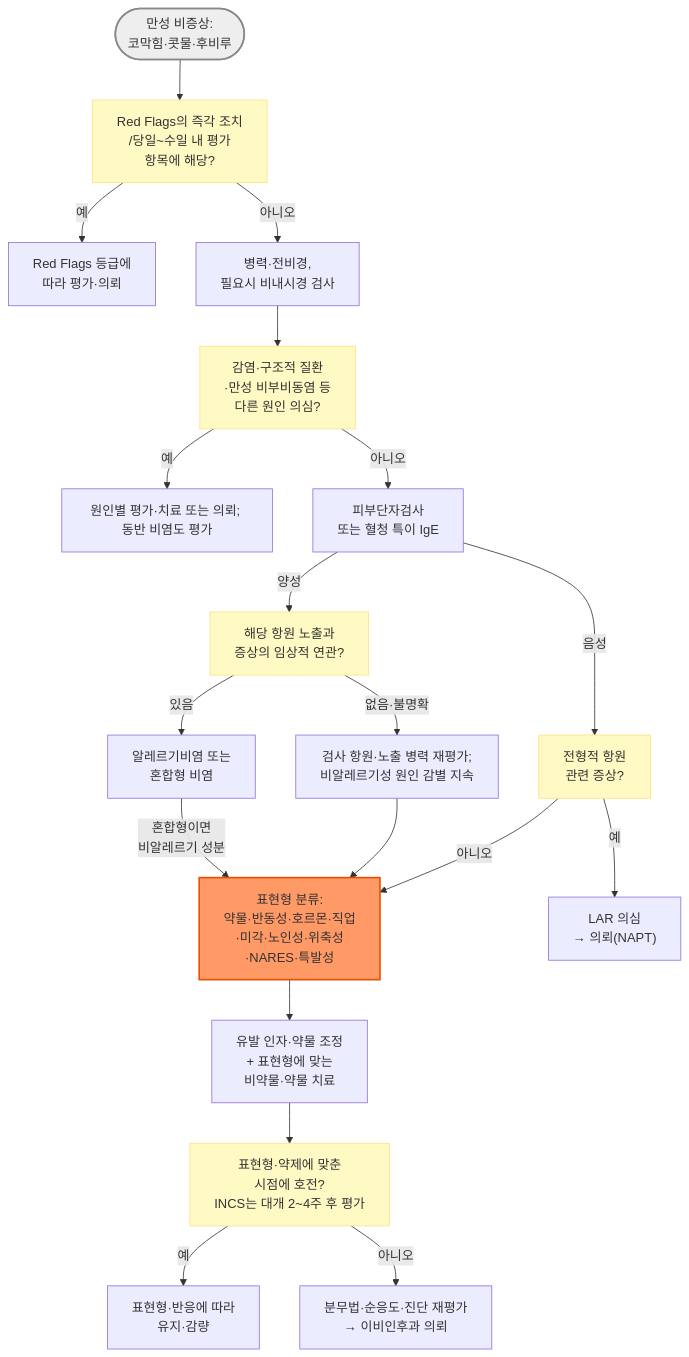
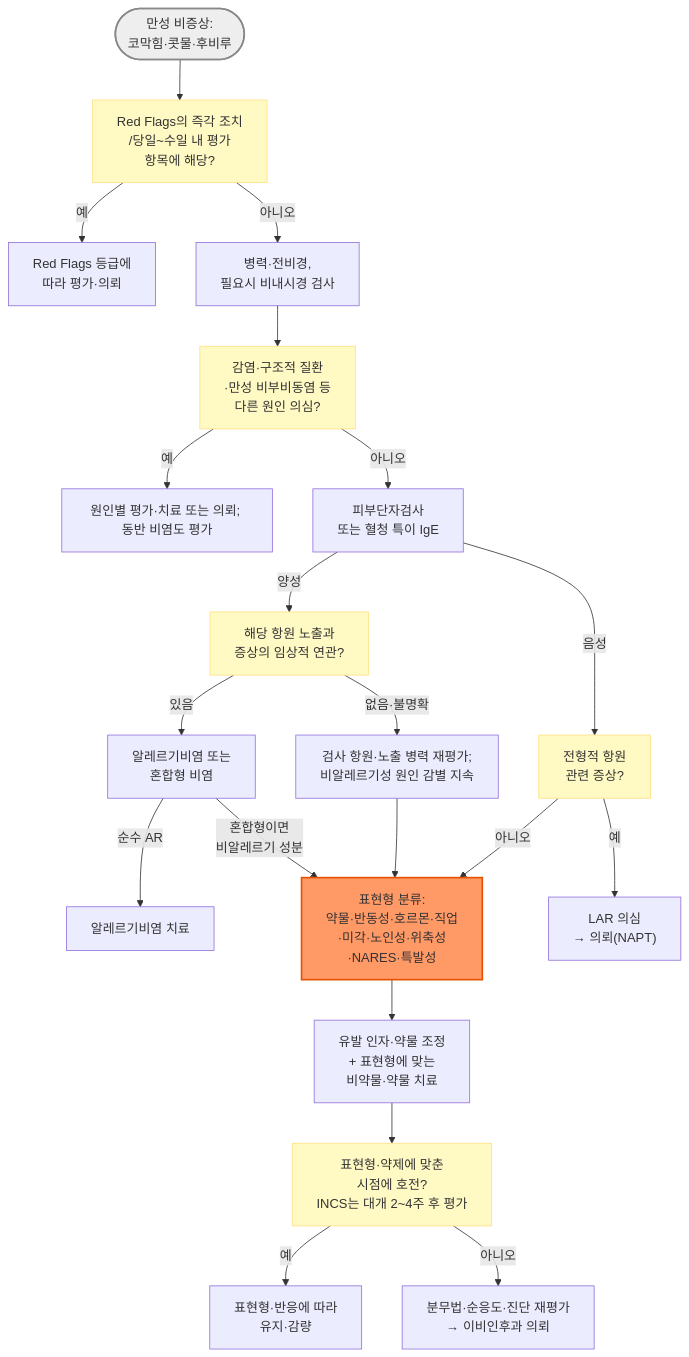
Before and after one commit to familyoh77/familyoh77: the diagram in 222_/052_-non-allergic-rhinitis.md, drawn with Mermaid. The commit also changed other lines of this file, not shown here.

````diff
--- a/222_/052_-non-allergic-rhinitis.md
+++ b/222_/052_-non-allergic-rhinitis.md
@@ -247,25 +246,26 @@
 ```mermaid
 graph TD
     Start(["만성 비증상: <br/>코막힘·콧물·후비루"]) --> RF["Red Flags의 즉각 조치<br/>/당일~수일 내 평가 <br/>항목에 해당?"]
     RF -->|예| Urgent["Red Flags 등급에 <br/>따라 평가·의뢰"]
     RF -->|아니오| Exam["병력·전비경, <br/>필요시 비내시경 검사"]
     Exam --> Other["감염·구조적 질환<br/>·만성 비부비동염 등 <br/>다른 원인 의심?"]
     Other -->|예| OtherTx["원인별 평가·치료 또는 의뢰; 동반 비염도 평가"]
     Other -->|아니오| Allergy["피부단자검사 <br/>또는 혈청 특이 IgE"]
     Allergy -->|양성| Relevant["해당 항원 노출과 <br/>증상의 임상적 연관?"]
     Relevant -->|있음| AR["알레르기비염 또는 <br/>혼합형 비염"]
+    AR -->|순수 AR| ARTx["알레르기비염 치료"]
     AR -->|혼합형이면 <br/>비알레르기 성분| Pheno
     Relevant -->|없음·불명확| Recheck["검사 항원·노출 병력 재평가; <br/>비알레르기성 원인 감별 지속"]
     Recheck --> Pheno["표현형 분류: <br/>약물·반동성·호르몬·직업<br/>·미각·노인성·위축성<br/>·NARES·특발성"]
     Allergy -->|음성| LARq["전형적 항원 <br/>관련 증상?"]
     LARq -->|예| LAR["LAR 의심 <br/>→ 의뢰(NAPT)"]
     LARq -->|아니오| Pheno
     Pheno --> Tx["유발 인자·약물 조정 <br/>+ 표현형에 맞는 <br/>비약물·약물 치료"]
     Tx --> Resp["표현형·약제에 맞춘 <br/>시점에 호전?<br/>INCS는 대개 2~4주 후 평가"]
     Resp -->|예| FU["표현형·반응에 따라 <br/>유지·감량"]
     Resp -->|아니오| Ref["분무법·순응도·진단 재평가 <br/>→ 이비인후과 의뢰"]
     style Start fill:#eeeeee,stroke:#888888,stroke-width:2px
     classDef y fill:#fff9c4,stroke:#ffe082
     class RF,Other,Relevant,LARq,Resp y
     style Pheno fill:#f96,stroke:#e65100,stroke-width:2px
 ```
````
